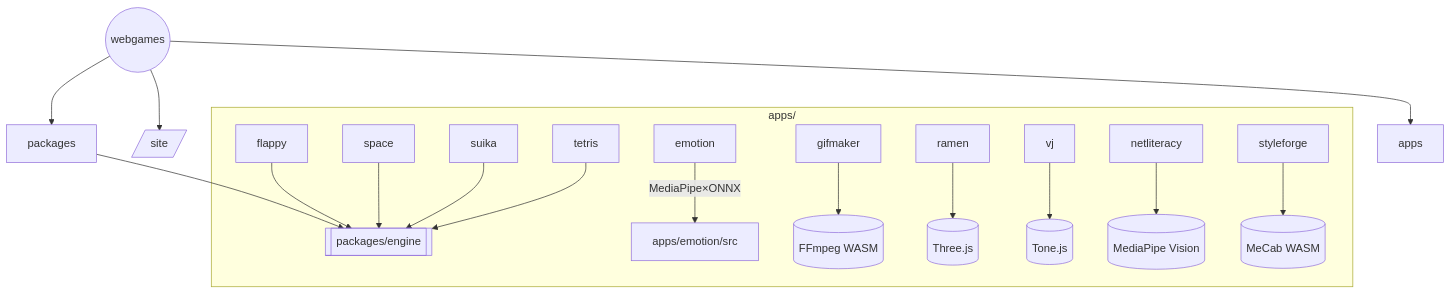
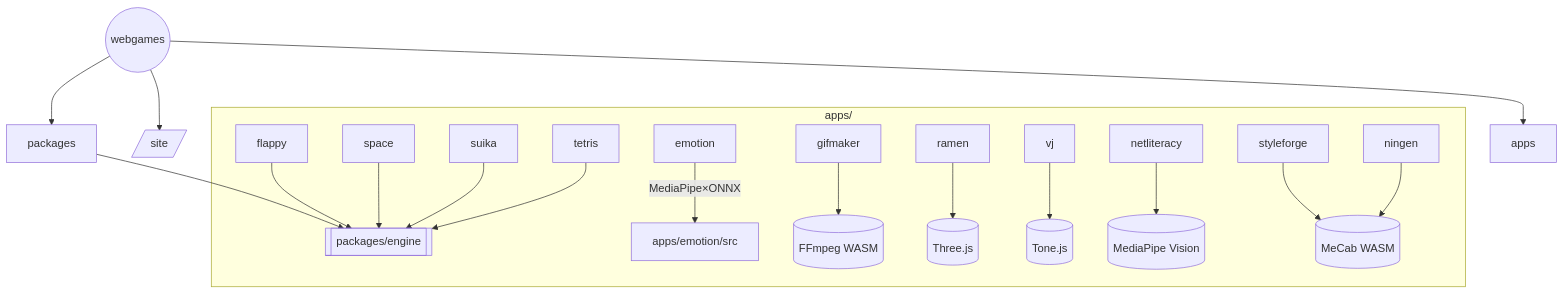
Before and after one commit to julien120/dev-sandbox: the first of 2 diagrams in webgames/document.md, drawn with Mermaid. The commit also changed other lines of this file and 19 other files, not shown here.

````diff
--- a/webgames/document.md
+++ b/webgames/document.md
@@ -10,20 +10,21 @@
 ```mermaid
 graph TD
     root((webgames))
     root --> site[/site/]
     root --> packages
     packages --> engine[[packages/engine]]
     root --> apps
     subgraph apps/
         emotion -->|MediaPipe×ONNX| emotionSrc[apps/emotion/src]
         flappy --> engine
         space --> engine
         suika --> engine
         tetris --> engine
         gifmaker --> ffmpeg[(FFmpeg WASM)]
         ramen --> three[(Three.js)]
         vj --> tone[(Tone.js)]
         netliteracy --> mediapipe[(MediaPipe Vision)]
         styleforge --> mecab[(MeCab WASM)]
+        ningen --> mecab
     end
 ```
````
